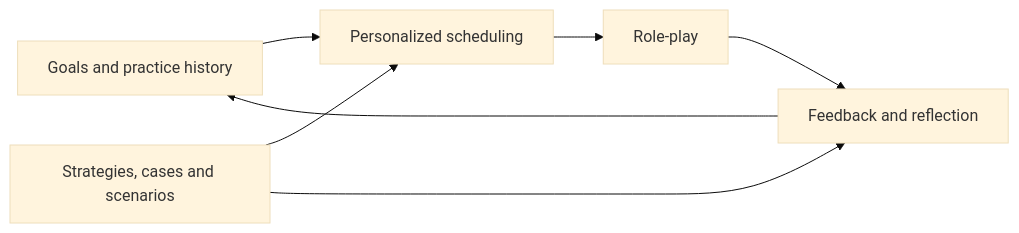
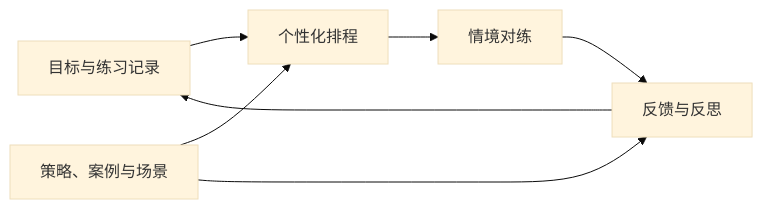
One commit to GeminiLight/SocialCoach changed the diagram in README.md. Above: the diagram before and after it, drawn with Mermaid (base theme). The commit also changed other lines of this file and 2 other files, not shown here.

````diff
--- a/README.md
+++ b/README.md
@@ -195,9 +191,9 @@
 ```mermaid
 flowchart LR
-  P[Goals and practice history] --> S[Personalized scheduling]
-  S --> R[Role-play]
-  R --> F[Feedback and reflection]
+  P[目标与练习记录] --> S[个性化排程]
+  S --> R[情境对练]
+  R --> F[反馈与反思]
   F --> P
-  C[Strategies, cases and scenarios] --> S
+  C[策略、案例与场景] --> S
   C --> F
 ```
````
